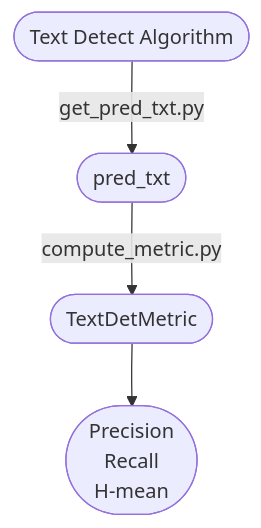
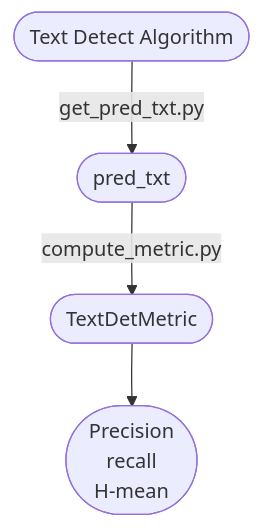
The diagram in README.md (SWHL/TextDetMetric), drawn with Mermaid before and after one commit. The commit also changed other lines of this file and 2 other files, not shown here.

````diff
--- a/README.md
+++ b/README.md
@@ -15,8 +17,8 @@
 ```mermaid
 flowchart TD
 
 A([Text Detect Algorithm]) --get_pred_txt.py--> B([pred_txt])
 B --compute_metric.py--> C([TextDetMetric]) --> Metric(["Precision
-Recall
+recall
 H-mean"])
 ```
````
